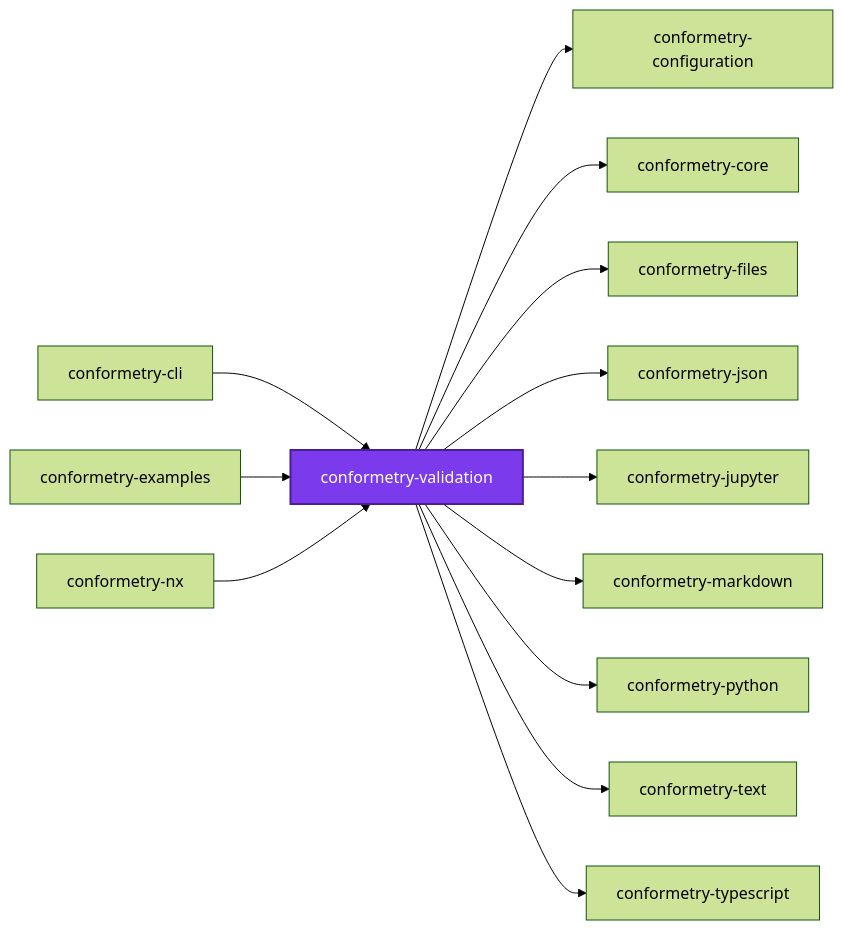
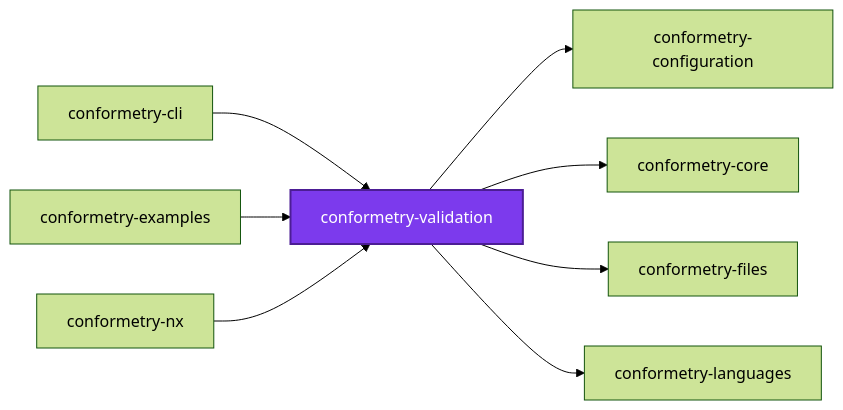
The first of 3 diagrams in packages/conformetry-validation/README.md (JimmyPaolini/codebase), drawn with Mermaid (forest theme) before and after one commit. The commit also changed other lines of this file and 32 other files, not shown here.

Commit message:
refactor(conformetry): ♻️ resolve languages through dependency injection

````diff
--- a/packages/conformetry-validation/README.md
+++ b/packages/conformetry-validation/README.md
@@ -169,30 +159,20 @@
 ```mermaid
 graph LR
   conformetry_cli["conformetry-cli"]
   conformetry_configuration["conformetry-configuration"]
   conformetry_core["conformetry-core"]
   conformetry_examples["conformetry-examples"]
   conformetry_files["conformetry-files"]
-  conformetry_json["conformetry-json"]
-  conformetry_jupyter["conformetry-jupyter"]
-  conformetry_markdown["conformetry-markdown"]
+  conformetry_languages["conformetry-languages"]
   conformetry_nx["conformetry-nx"]
-  conformetry_python["conformetry-python"]
-  conformetry_text["conformetry-text"]
-  conformetry_typescript["conformetry-typescript"]
   conformetry_validation["conformetry-validation"]
   conformetry_cli --> conformetry_validation
   conformetry_examples --> conformetry_validation
   conformetry_nx --> conformetry_validation
   conformetry_validation --> conformetry_configuration
   conformetry_validation --> conformetry_core
   conformetry_validation --> conformetry_files
-  conformetry_validation --> conformetry_json
-  conformetry_validation --> conformetry_jupyter
-  conformetry_validation --> conformetry_markdown
-  conformetry_validation --> conformetry_python
-  conformetry_validation --> conformetry_text
-  conformetry_validation --> conformetry_typescript
+  conformetry_validation --> conformetry_languages
   classDef subject fill:#7c3aed,color:#fff,stroke:#4c1d95,stroke-width:2px
   class conformetry_validation subject
 ```
````
